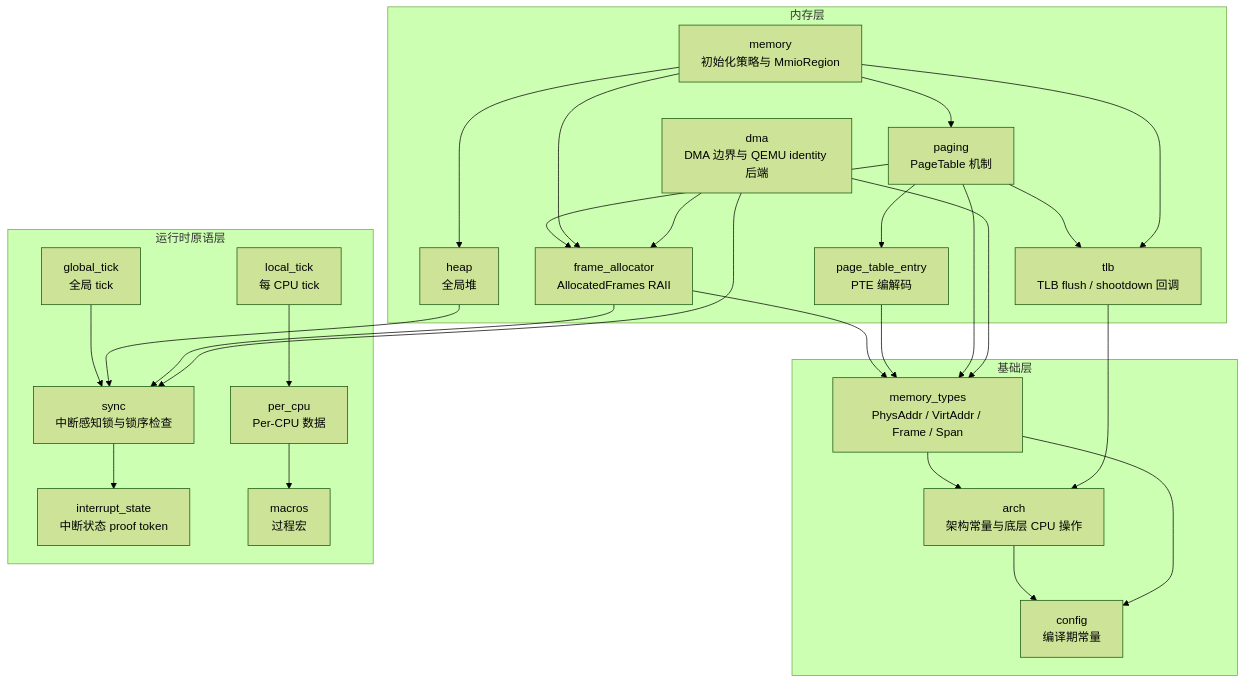
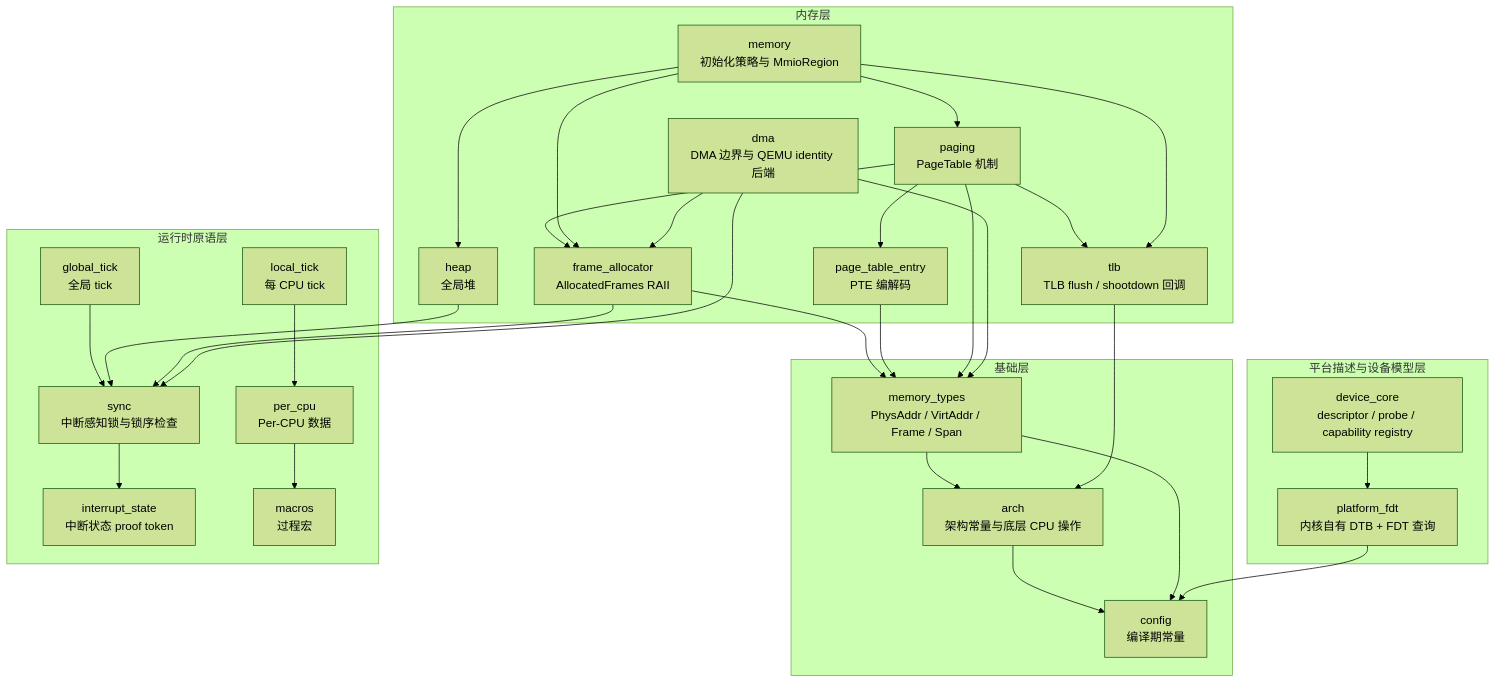
Before and after one commit to MRNIU/SimpleKernel: the first of 4 diagrams in crates/AGENTS.md, drawn with Mermaid (forest theme). The commit also changed other lines of this file and 55 other files, not shown here.

````diff
--- a/crates/AGENTS.md
+++ b/crates/AGENTS.md
@@ -10,53 +10,60 @@
 ```mermaid
 flowchart TB
   subgraph Core["基础层"]
     config["config<br/>编译期常量"]
     arch["arch<br/>架构常量与底层 CPU 操作"]
     memory_types["memory_types<br/>PhysAddr / VirtAddr / Frame / Span"]
+  end
+
+  subgraph Platform["平台描述与设备模型层"]
+    platform_fdt["platform_fdt<br/>内核自有 DTB + FDT 查询"]
+    device_core["device_core<br/>descriptor / probe / capability registry"]
   end
 
   subgraph Runtime["运行时原语层"]
     interrupt_state["interrupt_state<br/>中断状态 proof token"]
     sync["sync<br/>中断感知锁与锁序检查"]
     macros["macros<br/>过程宏"]
     per_cpu["per_cpu<br/>Per-CPU 数据"]
     global_tick["global_tick<br/>全局 tick"]
     local_tick["local_tick<br/>每 CPU tick"]
   end
 
   subgraph Memory["内存层"]
     heap["heap<br/>全局堆"]
     frame_allocator["frame_allocator<br/>AllocatedFrames RAII"]
     page_table_entry["page_table_entry<br/>PTE 编解码"]
     tlb["tlb<br/>TLB flush / shootdown 回调"]
     paging["paging<br/>PageTable 机制"]
     memory["memory<br/>初始化策略与 MmioRegion"]
     dma["dma<br/>DMA 边界与 QEMU identity 后端"]
   end
 
   arch --> config
   memory_types --> arch
   memory_types --> config
+  platform_fdt --> config
+  device_core --> platform_fdt
 
   sync --> interrupt_state
   per_cpu --> macros
   global_tick --> sync
   local_tick --> per_cpu
 
   heap --> sync
   frame_allocator --> memory_types
   frame_allocator --> sync
   page_table_entry --> memory_types
   tlb --> arch
   paging --> frame_allocator
   paging --> page_table_entry
   paging --> tlb
   paging --> memory_types
   memory --> heap
   memory --> frame_allocator
   memory --> paging
   memory --> tlb
   dma --> frame_allocator
   dma --> memory_types
   dma --> sync
 ```
````
